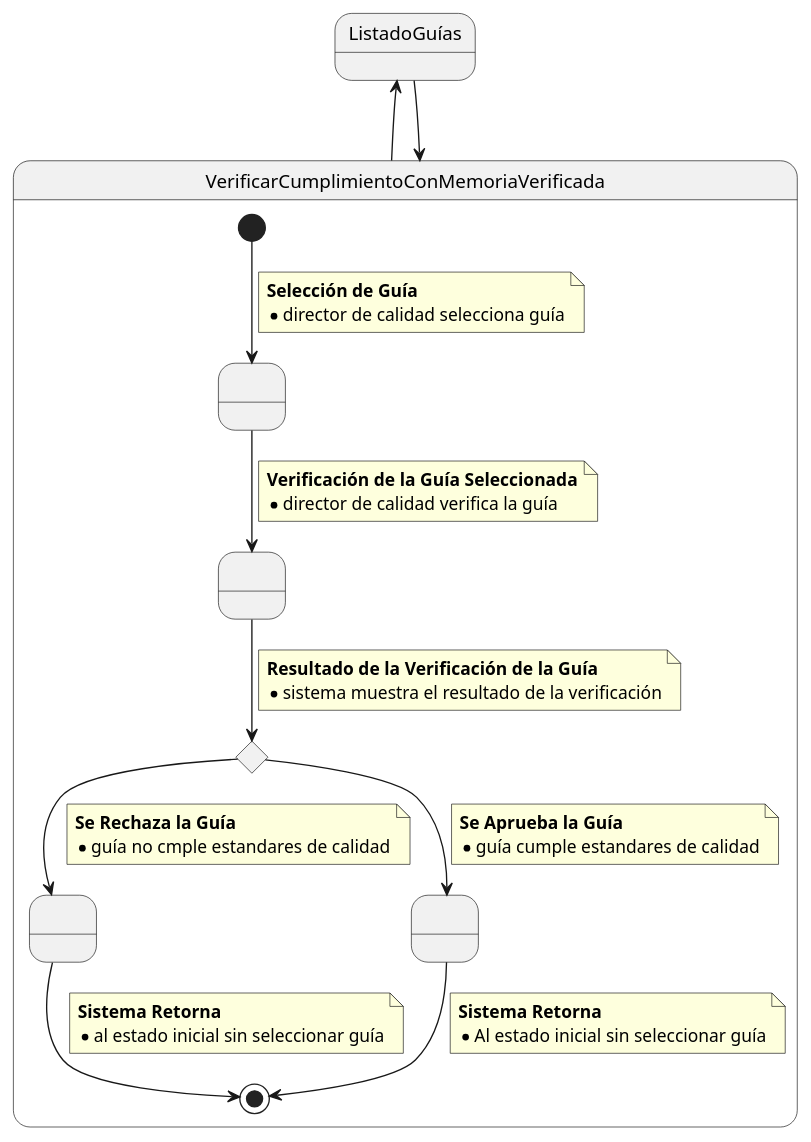
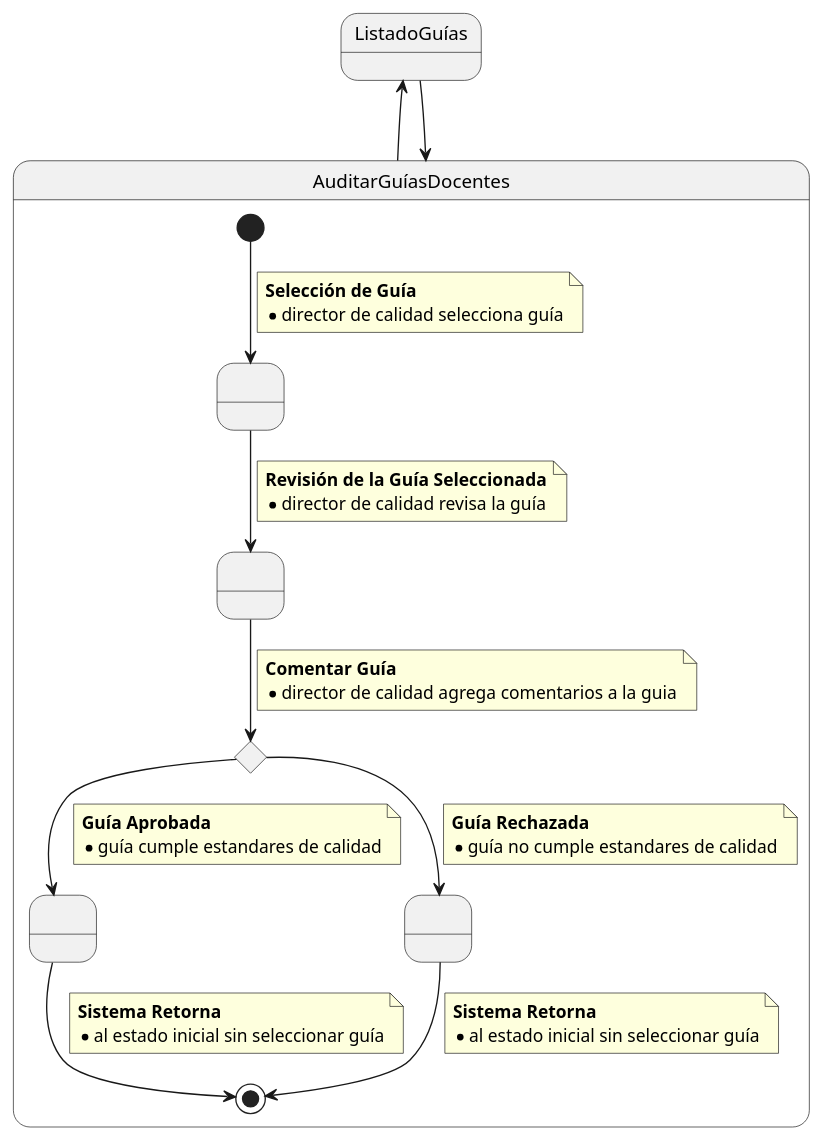
One commit to mmasias/24-25-IdSw1-SDR changed the diagram in CasosDeUso/Actividades/Detallados/AuditarGD.puml. Above: the diagram before and after it, drawn with PlantUML.

```diff
--- a/CasosDeUso/Actividades/Detallados/AuditarGD.puml
+++ b/CasosDeUso/Actividades/Detallados/AuditarGD.puml
@@ -1,57 +1,57 @@
 @startuml
-ListadoGuías -up-> VerificarCumplimientoConMemoriaVerificada
+ListadoGuías -up-> AuditarGuíasDocentes
 
-state VerificarCumplimientoConMemoriaVerificada {
+state AuditarGuíasDocentes {
     state SeleccionarGuia as " "
-    state VerificarGuia as " "
-    state ResultadoVerificacion <<choice>>
-    state GuiaNoCumpleRequisitos as " "
-    state GuiaCumpleRequisitos as " "
+    state RevisarGuia as " "
+    state RealizarComentarios <<choice>>
+    state GuardarAuditoria as " "
+    state GuiaConProblemas as " "
 
 
     [*] --> SeleccionarGuia
     note on link
     <b>Selección de Guía</b>
     * director de calidad selecciona guía
     end note
 
-    SeleccionarGuia --> VerificarGuia
+    SeleccionarGuia --> RevisarGuia
     note on link
-    <b>Verificación de la Guía Seleccionada</b>
-    * director de calidad verifica la guía
+    <b>Revisión de la Guía Seleccionada</b>
+    * director de calidad revisa la guía
     end note
 
-    VerificarGuia --> ResultadoVerificacion
+    RevisarGuia --> RealizarComentarios
     note on link
-    <b>Resultado de la Verificación de la Guía</b>
-    * sistema muestra el resultado de la verificación
+    <b>Comentar Guía</b>
+    * director de calidad agrega comentarios a la guia
     end note
 
-    ResultadoVerificacion -->  GuiaNoCumpleRequisitos
+    RealizarComentarios -->  GuardarAuditoria
     note on link
-    <b>Se Rechaza la Guía</b>
-    * guía no cmple estandares de calidad
+    <b>Guía Aprobada</b>
+    * guía cumple estandares de calidad
     end note
 
-     GuiaNoCumpleRequisitos --> [*]
+     GuardarAuditoria --> [*]
     note on link
     <b>Sistema Retorna</b>
     * al estado inicial sin seleccionar guía
     end note
 
-    ResultadoVerificacion -->  GuiaCumpleRequisitos
+    RealizarComentarios --> GuiaConProblemas
     note on link
-    <b>Se Aprueba la Guía</b>
-    * guía cumple estandares de calidad
+    <b>Guía Rechazada</b>
+    * guía no cumple estandares de calidad
     end note
     
-    GuiaCumpleRequisitos --> [*]
+    GuiaConProblemas --> [*]
     note on link
     <b>Sistema Retorna</b>
-    * Al estado inicial sin seleccionar guía
+    * al estado inicial sin seleccionar guía
     end note
     
 }
 
-VerificarCumplimientoConMemoriaVerificada -up-> ListadoGuías
+AuditarGuíasDocentes -up-> ListadoGuías
 @enduml
```
